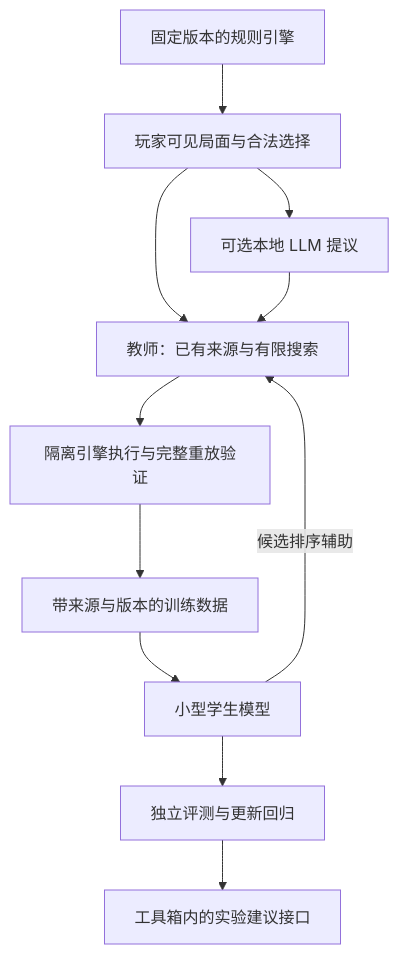
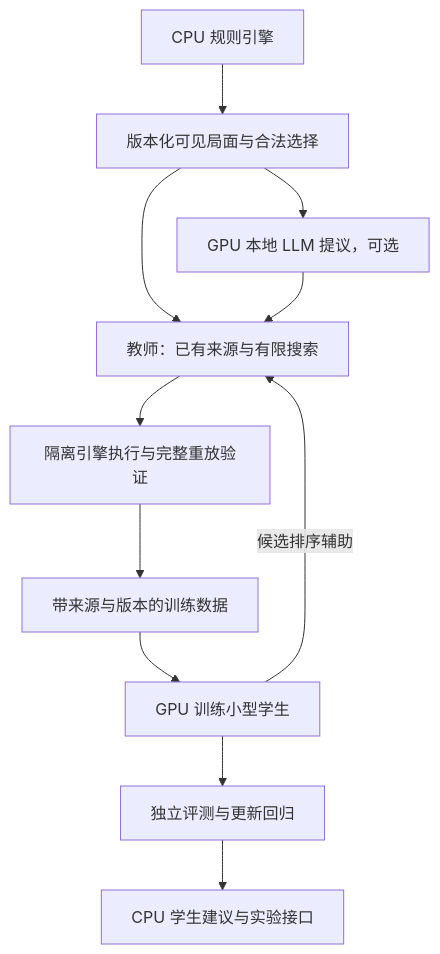
The diagram in docs/ai-learning-feasibility-plan.md (JMAY666/Lonely-Shadow-YGO-Toolbox), drawn with Mermaid before and after one commit. The commit also changed other lines of this file and 1 other file, not shown here.

Commit message:
docs: 根据学生 GPU 验收重排可行性验证计划

````diff
--- a/docs/ai-learning-feasibility-plan.md
+++ b/docs/ai-learning-feasibility-plan.md
@@ -63,13 +74,13 @@
 ```mermaid
 flowchart TD
-    A[固定版本的规则引擎] --> B[玩家可见局面与合法选择]
+    A[CPU 规则引擎] --> B[版本化可见局面与合法选择]
     B --> C[教师：已有来源与有限搜索]
-    B --> L[可选本地 LLM 提议]
+    B --> L[GPU 本地 LLM 提议，可选]
     L --> C
     C --> D[隔离引擎执行与完整重放验证]
     D --> E[带来源与版本的训练数据]
-    E --> F[小型学生模型]
+    E --> F[GPU 训练小型学生]
     F --> G[独立评测与更新回归]
-    G --> H[工具箱内的实验建议接口]
+    G --> H[CPU 学生建议与实验接口]
     F -->|候选排序辅助| C
 ```
````
